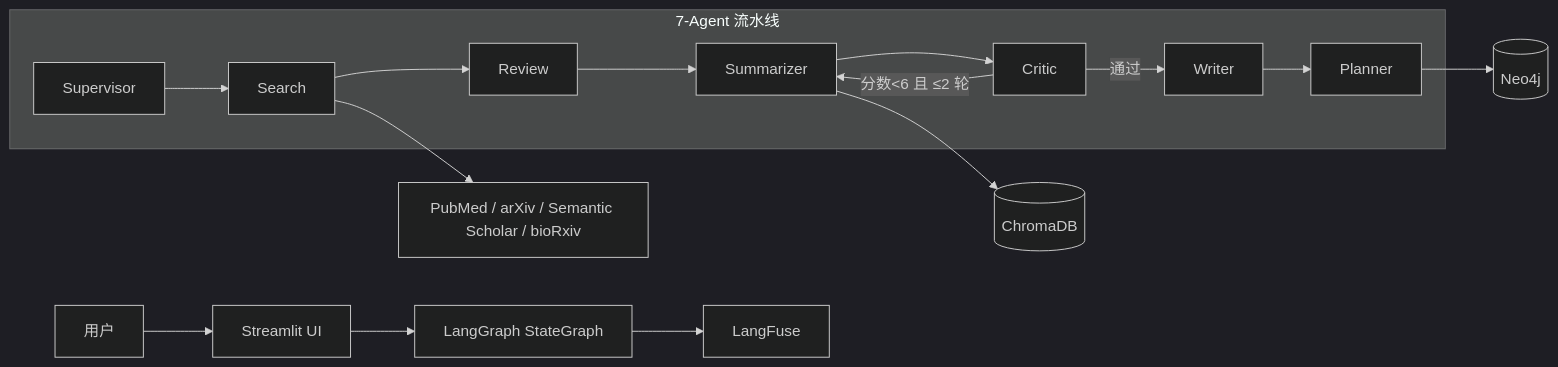
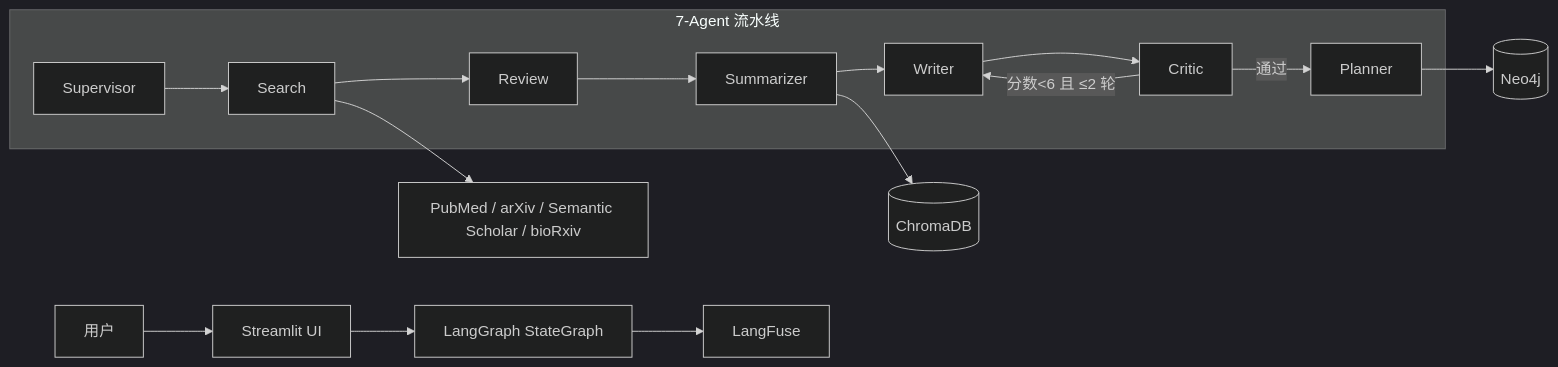
The diagram in README.zh-CN.md (jsidj306/Biomed-Research-Agent), drawn with Mermaid (dark theme) before and after one commit. The commit also changed other lines of this file and 21 other files, not shown here.

First line of the commit message:
docs: 清理公开仓库内部痕迹，修正 Critic 回环方向（打回 Writer 非 Summarizer）

````diff
--- a/README.zh-CN.md
+++ b/README.zh-CN.md
@@ -36,20 +36,20 @@
 ```mermaid
 graph LR
     U[用户] --> UI[Streamlit UI]
     UI --> G[LangGraph StateGraph]
 
     subgraph "7-Agent 流水线"
         S[Supervisor] --> SE[Search]
         SE --> RV[Review]
         RV --> SU[Summarizer]
-        SU --> CR[Critic]
-        CR -->|分数<6 且 ≤2 轮| SU
-        CR -->|通过| WR[Writer]
-        WR --> PL[Planner]
+        SU --> WR[Writer]
+        WR --> CR[Critic]
+        CR -->|分数<6 且 ≤2 轮| WR
+        CR -->|通过| PL[Planner]
     end
 
     SE --> P[PubMed / arXiv / Semantic Scholar / bioRxiv]
     SU --> C[(ChromaDB)]
     PL --> KG[(Neo4j)]
     G --> LF[LangFuse]
 ```
````
